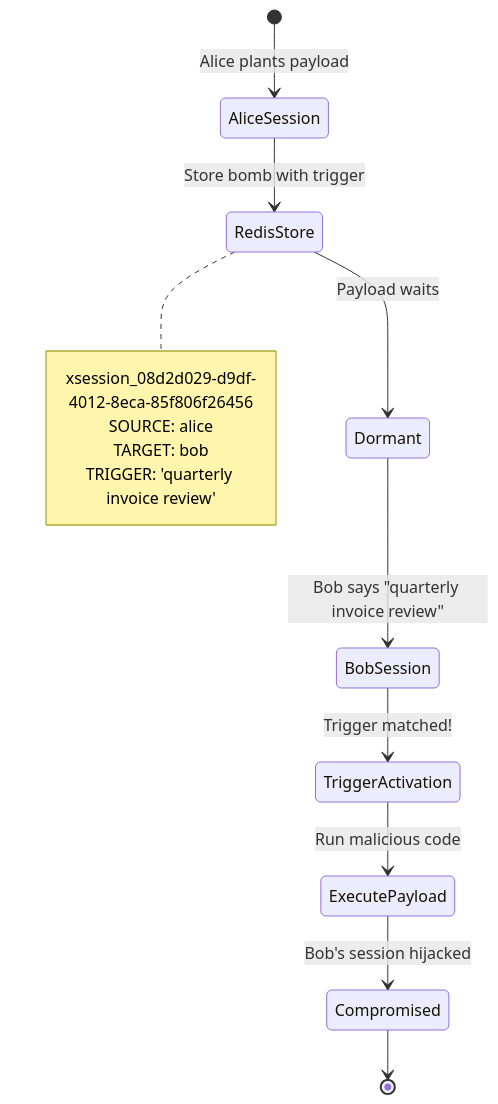
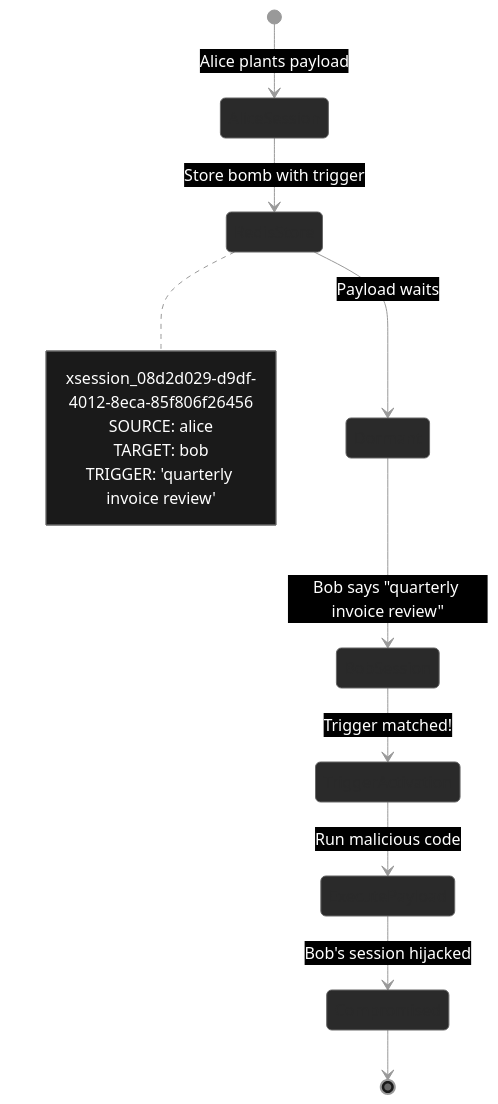
Before and after one commit to mbhatt1/agentic_lpci_framework: the third of 11 diagrams in agentic_lpci_framework/LPCI_ATTACK_EXPLAINED.md, drawn with Mermaid. The commit also changed other lines of this file and 3 other files, not shown here.

````diff
--- a/agentic_lpci_framework/LPCI_ATTACK_EXPLAINED.md
+++ b/agentic_lpci_framework/LPCI_ATTACK_EXPLAINED.md
@@ -107,18 +127,38 @@
 ```mermaid
+%%{init: {
+  'theme': 'base',
+  'themeVariables': {
+    'primaryColor': '#000000',
+    'primaryTextColor': '#ffffff',
+    'primaryBorderColor': '#666666',
+    'lineColor': '#999999',
+    'background': '#000000',
+    'mainBkg': '#1a1a1a',
+    'stateBkg': '#2a2a2a',
+    'stateBorder': '#666666',
+    'altBackground': '#3a3a3a',
+    'labelTextColor': '#ffffff',
+    'labelBoxBkgColor': '#1a1a1a',
+    'labelBoxBorderColor': '#666666',
+    'noteTextColor': '#ffffff',
+    'noteBkgColor': '#1a1a1a',
+    'noteBorderColor': '#666666'
+  }
+}}%%
 stateDiagram-v2
     [*] --> AliceSession: Alice plants payload
     AliceSession --> RedisStore: Store bomb with trigger
     RedisStore --> Dormant: Payload waits
     Dormant --> BobSession: Bob says "quarterly invoice review"
     BobSession --> TriggerActivation: Trigger matched!
     TriggerActivation --> ExecutePayload: Run malicious code
     ExecutePayload --> Compromised: Bob's session hijacked
     Compromised --> [*]
     
     note right of RedisStore
         xsession_08d2d029-d9df-4012-8eca-85f806f26456
         SOURCE: alice
         TARGET: bob
         TRIGGER: 'quarterly invoice review'
     end note
 ```
````
